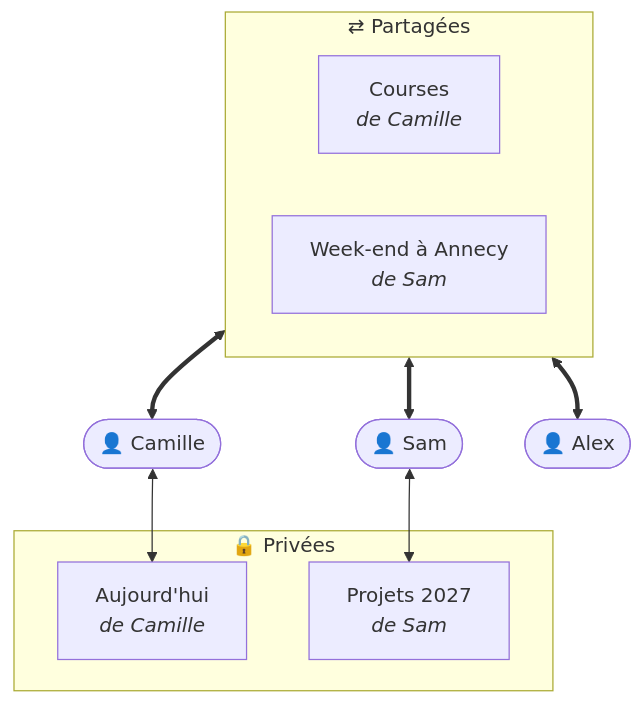
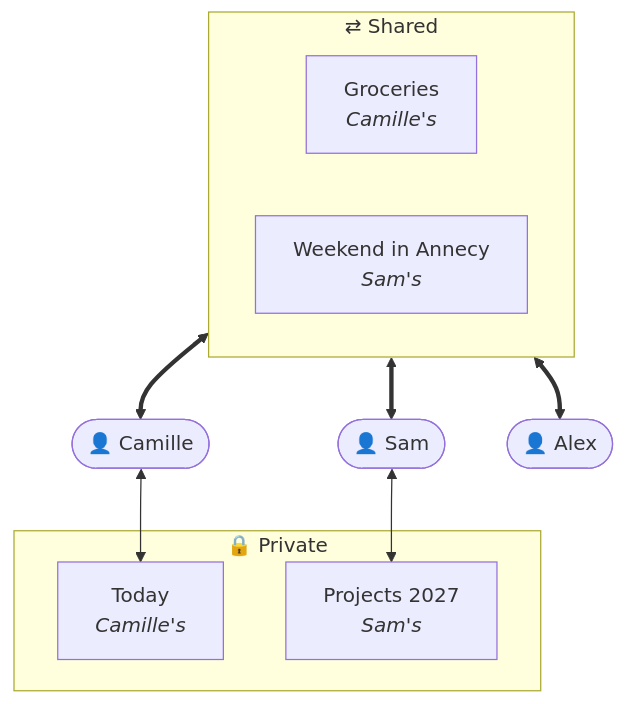
Before and after one commit to Fileboss/giga-simple-lists: the diagram in README.md, drawn with Mermaid. The commit also changed other lines of this file and 23 other files, not shown here.

````diff
--- a/README.md
+++ b/README.md
@@ -31,22 +37,22 @@
 ```mermaid
 flowchart TB
-  subgraph partagees["⇄ Partagées"]
-    C["Courses<br/><i>de Camille</i>"]
-    W["Week-end à Annecy<br/><i>de Sam</i>"]
+  subgraph shared["⇄ Shared"]
+    C["Groceries<br/><i>Camille's</i>"]
+    W["Weekend in Annecy<br/><i>Sam's</i>"]
   end
 
   Camille(["👤 Camille"])
   Sam(["👤 Sam"])
   Alex(["👤 Alex"])
 
-  subgraph privees["🔒 Privées"]
-    A["Aujourd'hui<br/><i>de Camille</i>"]
-    P["Projets 2027<br/><i>de Sam</i>"]
+  subgraph private["🔒 Private"]
+    A["Today<br/><i>Camille's</i>"]
+    P["Projects 2027<br/><i>Sam's</i>"]
   end
 
-  partagees <==> Camille
-  partagees <==> Sam
-  partagees <==> Alex
+  shared <==> Camille
+  shared <==> Sam
+  shared <==> Alex
   Camille <--> A
   Sam <--> P
 ```
````
